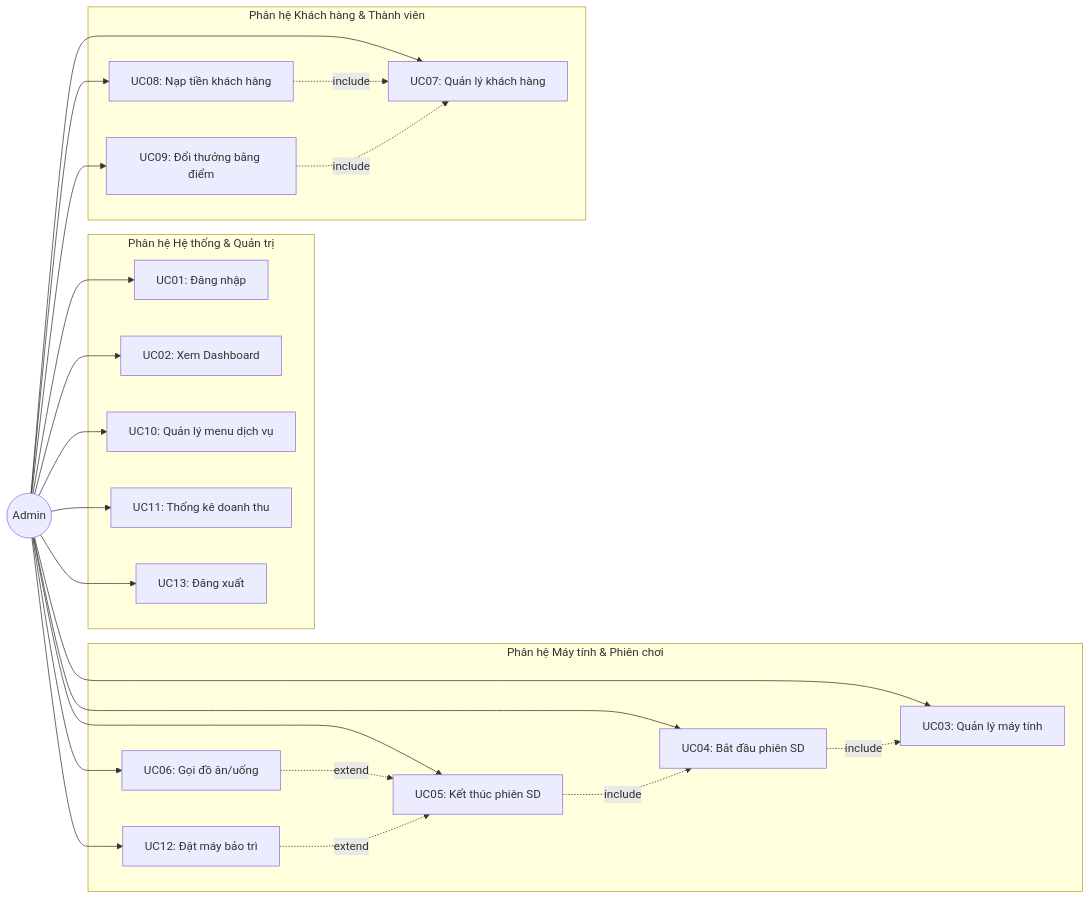
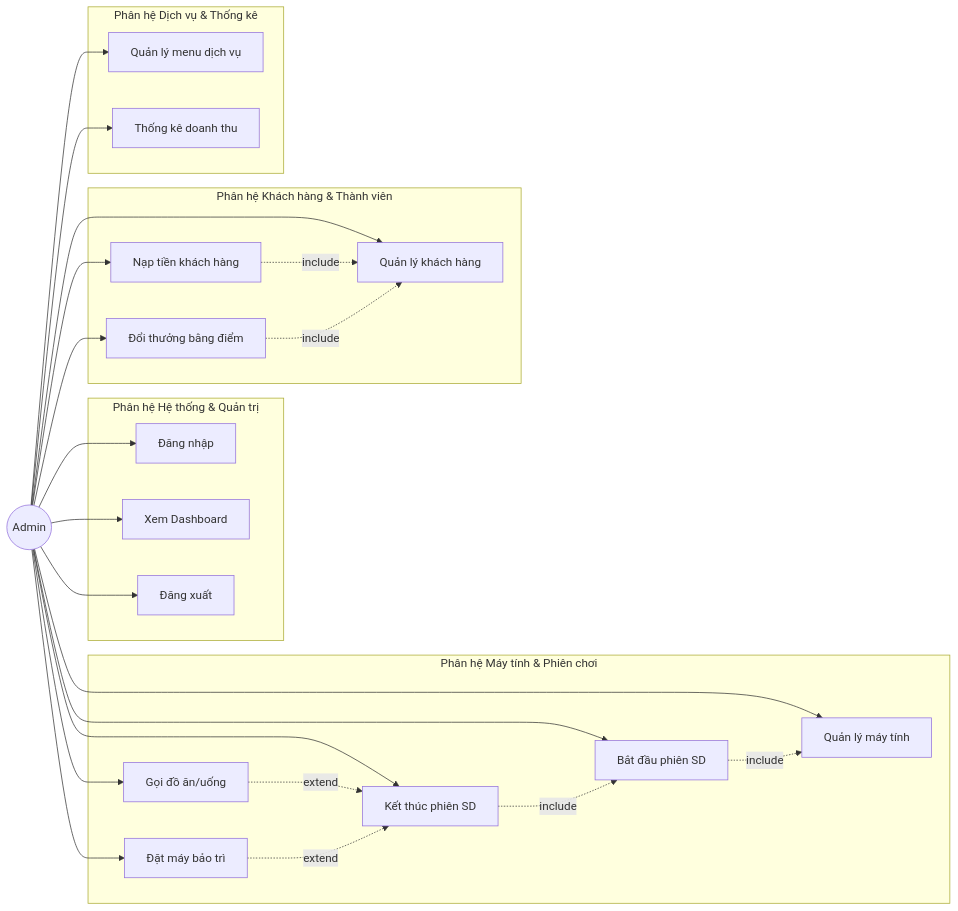
One commit to phhuyen1109/BTL changed the first of 28 diagrams in PhanTich_ThietKe.md. Above: the diagram before and after it, drawn with Mermaid. The commit also changed other lines of this file and 1 other file, not shown here.

````diff
--- a/PhanTich_ThietKe.md
+++ b/PhanTich_ThietKe.md
@@ -84,47 +84,50 @@
 ```mermaid
 graph LR
     Admin((Admin))
     
     subgraph Phân hệ Hệ thống & Quản trị
-        UC01[UC01: Đăng nhập]
-        UC02[UC02: Xem Dashboard]
-        UC10[UC10: Quản lý menu dịch vụ]
-        UC11[UC11: Thống kê doanh thu]
-        UC13[UC13: Đăng xuất]
+        UC01[Đăng nhập]
+        UC02[Xem Dashboard]
+        UC13[Đăng xuất]
     end
     
     subgraph Phân hệ Máy tính & Phiên chơi
-        UC03[UC03: Quản lý máy tính]
-        UC04[UC04: Bắt đầu phiên SD]
-        UC05[UC05: Kết thúc phiên SD]
-        UC06[UC06: Gọi đồ ăn/uống]
-        UC12[UC12: Đặt máy bảo trì]
+        UC03[Quản lý máy tính]
+        UC04[Bắt đầu phiên SD]
+        UC05[Kết thúc phiên SD]
+        UC06[Gọi đồ ăn/uống]
+        UC12[Đặt máy bảo trì]
     end
     
     subgraph Phân hệ Khách hàng & Thành viên
-        UC07[UC07: Quản lý khách hàng]
-        UC08[UC08: Nạp tiền khách hàng]
-        UC09[UC09: Đổi thưởng bằng điểm]
+        UC07[Quản lý khách hàng]
+        UC08[Nạp tiền khách hàng]
+        UC09[Đổi thưởng bằng điểm]
+    end
+    
+    subgraph Phân hệ Dịch vụ & Thống kê
+        UC10[Quản lý menu dịch vụ]
+        UC11[Thống kê doanh thu]
     end
     
     Admin --> UC01
     Admin --> UC02
     Admin --> UC03
     Admin --> UC04
     Admin --> UC05
     Admin --> UC06
     Admin --> UC07
     Admin --> UC08
     Admin --> UC09
     Admin --> UC10
     Admin --> UC11
     Admin --> UC12
     Admin --> UC13
     
     UC04 -.->|include| UC03
     UC05 -.->|include| UC04
     UC06 -.->|extend| UC05
     UC08 -.->|include| UC07
     UC09 -.->|include| UC07
     UC12 -.->|extend| UC05
 ```
````
